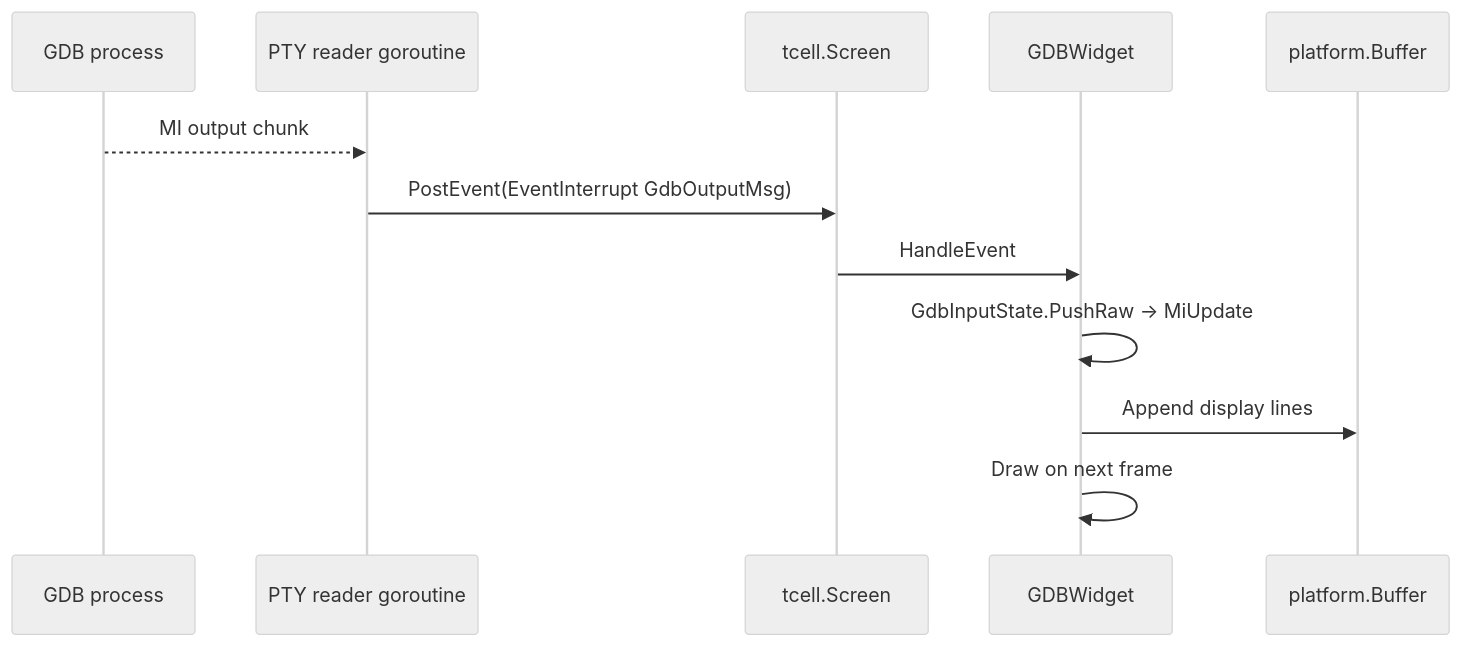
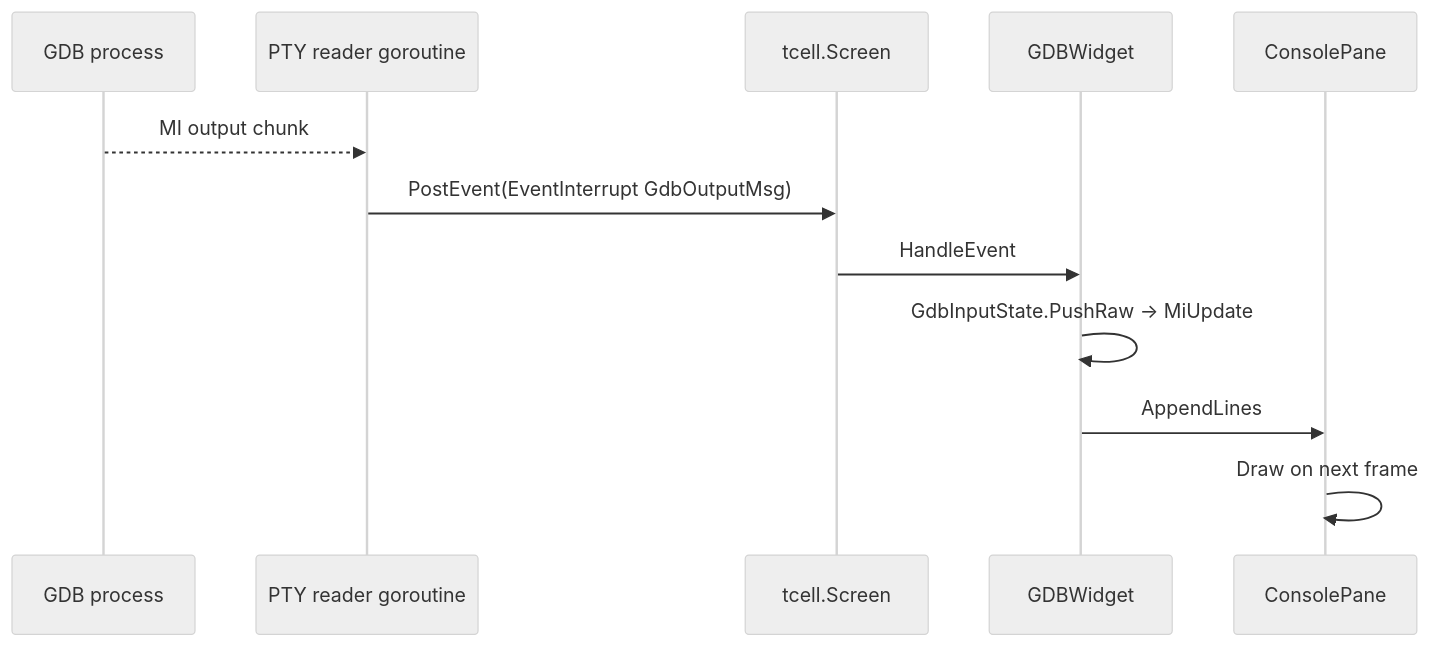
The fourth of 7 diagrams in docs/ARCHITECTURE.md (yairgd/gdbforge), drawn with Mermaid (neutral theme) before and after one commit. The commit also changed other lines of this file and 13 other files, not shown here.

First line of the commit message:
Extract InputLine and ConsolePane; make GDBWidget a thin MI adapter.

````diff
--- a/docs/ARCHITECTURE.md
+++ b/docs/ARCHITECTURE.md
@@ -467,15 +467,15 @@
 ```mermaid
 sequenceDiagram
     participant GDB as GDB process
     participant PTY as PTY reader goroutine
     participant Screen as tcell.Screen
     participant Widget as GDBWidget
-    participant Buf as platform.Buffer
+    participant Cons as ConsolePane
 
     GDB-->>PTY: MI output chunk
     PTY->>Screen: PostEvent(EventInterrupt GdbOutputMsg)
     Screen->>Widget: HandleEvent
     Widget->>Widget: GdbInputState.PushRaw → MiUpdate
-    Widget->>Buf: Append display lines
-    Widget->>Widget: Draw on next frame
+    Widget->>Cons: AppendLines
+    Cons->>Cons: Draw on next frame
 ```
````
